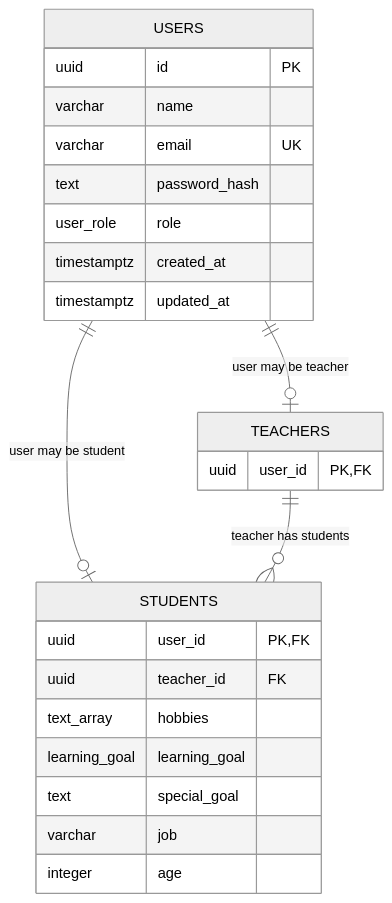
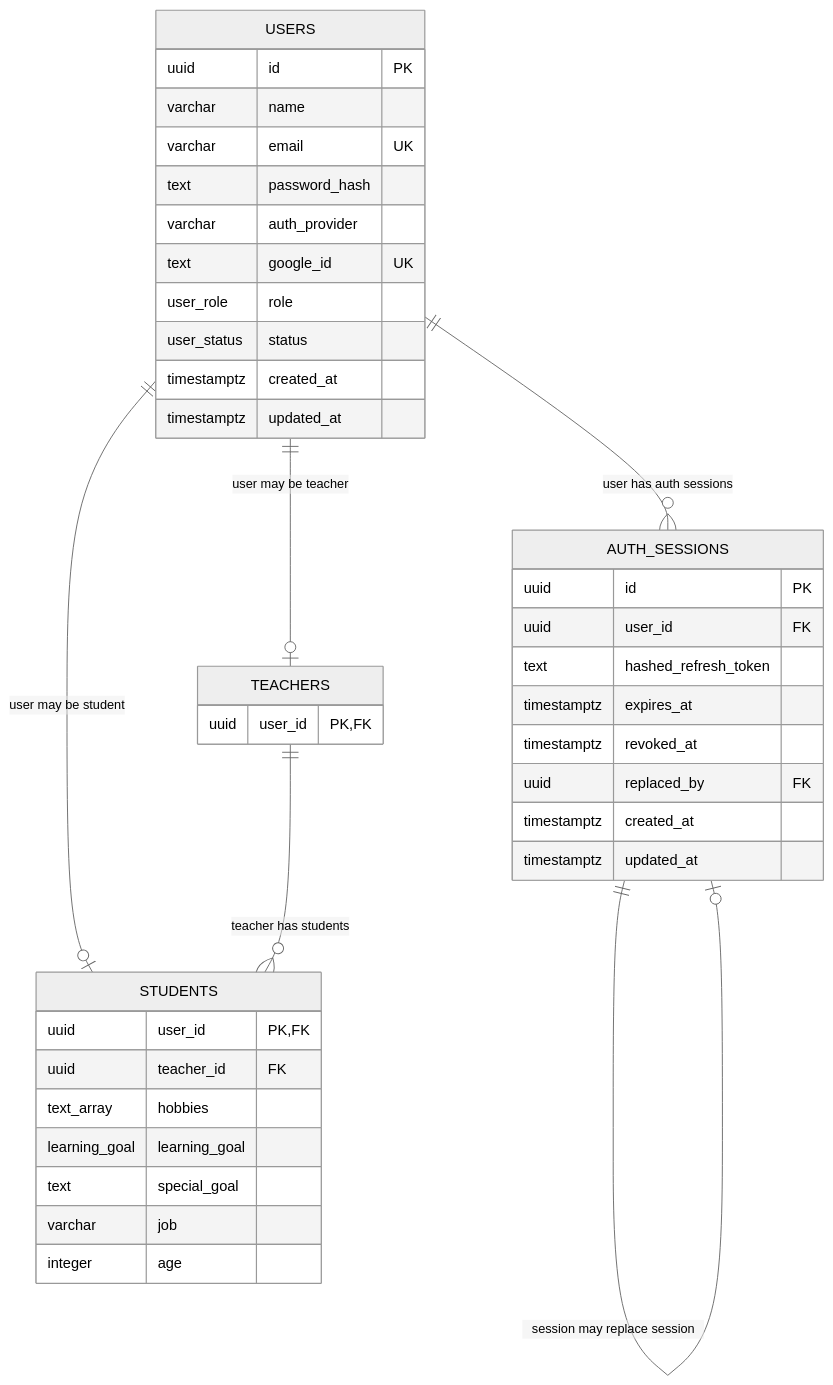
The diagram in back/docs/db/entities.md (KaterynaKocheharova/Practice-app), drawn with Mermaid (neutral theme) before and after one commit. The commit also changed other lines of this file and 5 other files, not shown here.

````diff
--- a/back/docs/db/entities.md
+++ b/back/docs/db/entities.md
@@ -5,30 +5,46 @@
 ```mermaid
 erDiagram
   USERS {
     uuid id PK
     varchar name
     varchar email UK
     text password_hash
+    varchar auth_provider
+    text google_id UK
     user_role role
+    user_status status
+    timestamptz created_at
+    timestamptz updated_at
+  }
+
+  AUTH_SESSIONS {
+    uuid id PK
+    uuid user_id FK
+    text hashed_refresh_token
+    timestamptz expires_at
+    timestamptz revoked_at
+    uuid replaced_by FK
     timestamptz created_at
     timestamptz updated_at
   }
 
   TEACHERS {
     uuid user_id PK, FK
   }
 
   STUDENTS {
     uuid user_id PK, FK
     uuid teacher_id FK
     text_array hobbies
     learning_goal learning_goal
     text special_goal
     varchar job
     integer age
   }
 
   USERS ||--o| TEACHERS : "user may be teacher"
   USERS ||--o| STUDENTS : "user may be student"
+  USERS ||--o{ AUTH_SESSIONS : "user has auth sessions"
+  AUTH_SESSIONS ||--o| AUTH_SESSIONS : "session may replace session"
   TEACHERS ||--o{ STUDENTS : "teacher has students"
 ```
````
